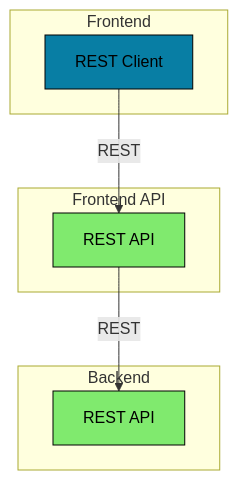
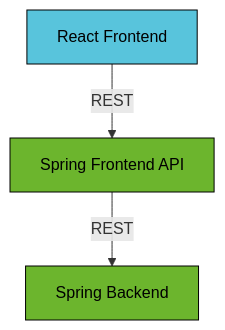
One commit to onlyteo/spring-boot-sandbox changed the diagram in spring-boot-rest-api/README.md. Above: the diagram before and after it, drawn with Mermaid. The commit also changed 153 other files, not shown here.

````diff
--- a/spring-boot-rest-api/README.md
+++ b/spring-boot-rest-api/README.md
@@ -33,18 +33,12 @@
 ```mermaid
 graph TD
-    subgraph Frontend
-        A[REST Client]:::react
-    end
-    subgraph Frontend API
-        B[REST API]:::spring
-    end
-    subgraph Backend
-        C[REST API]:::spring
-    end
+    A[React Frontend]:::react
+    B[Spring Frontend API]:::spring
+    C[Spring Backend]:::spring
 
     A -- REST --> B
-    B-- REST --> C
+    B -- REST --> C
 
-    classDef react fill: #087ea4, stroke: #000000, color: #000000
-    classDef spring fill: #80ea6e, stroke: #000000, color: #000000
+    classDef react fill: #58c4dc, stroke: #000000, color: #000000
+    classDef spring fill: #6cb52d, stroke: #000000, color: #000000
 ```
````
